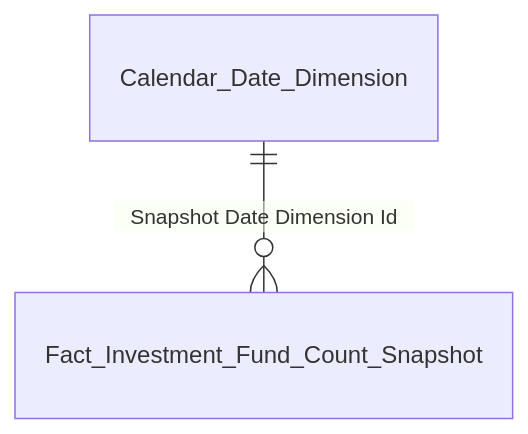
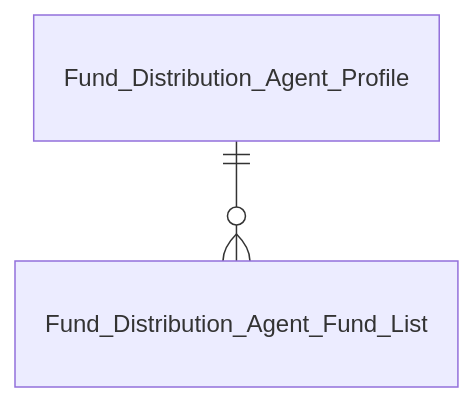
Before and after one commit to linhlvit/ubck_atomic_design: the eighth of 9 diagrams in Datamart/hld/DTM_QLQ_Entities.md, drawn with Mermaid. The commit also changed other lines of this file and 28 other files, not shown here.

Commit message:
feat(qlq): add LLD detail mapping, 23 entity table schemas, update HLD, sync datamart model and attributes

````diff
--- a/Datamart/hld/DTM_QLQ_Entities.md
+++ b/Datamart/hld/DTM_QLQ_Entities.md
@@ -67,4 +162,4 @@
 ```mermaid
 erDiagram
-    Calendar_Date_Dimension ||--o{ Fact_Investment_Fund_Count_Snapshot : "Snapshot Date Dimension Id"
+    Fund_Distribution_Agent_Profile ||--o{ Fund_Distribution_Agent_Fund_List : " "
 ```
````
